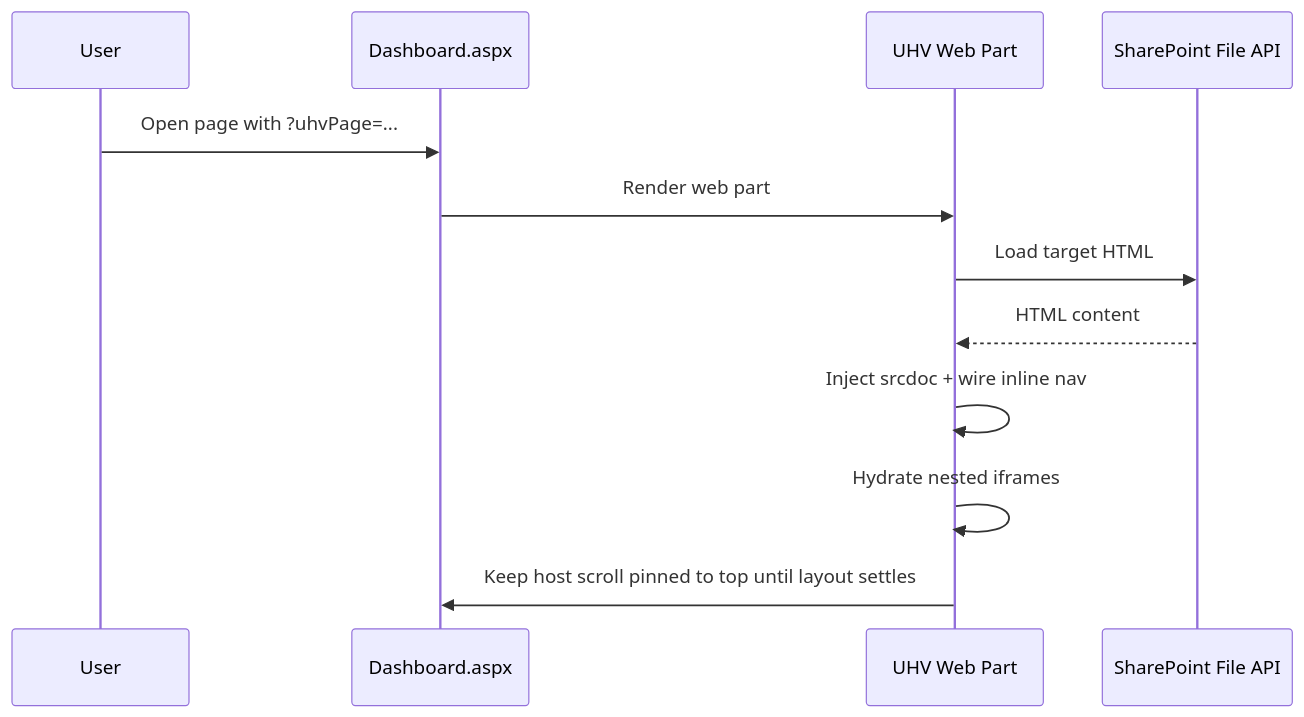
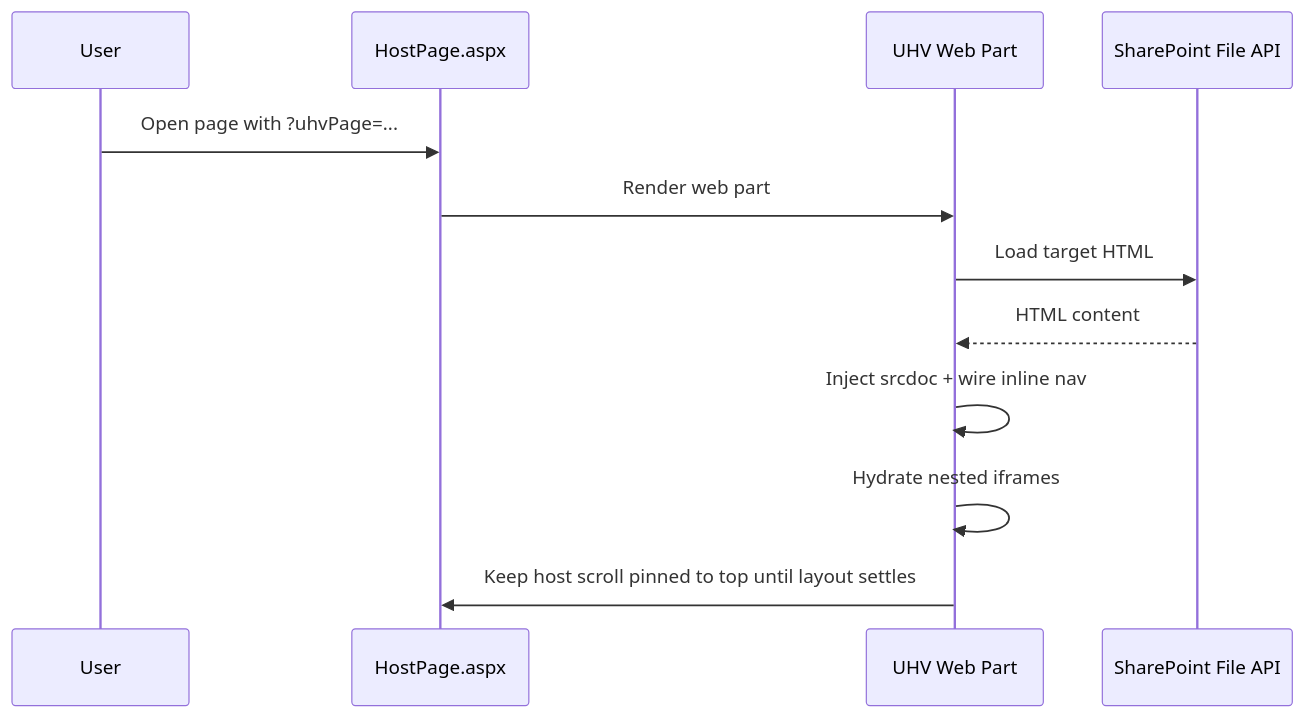
One commit to EvotecIT/UltimateHtmlViewer changed the third of 5 diagrams in README.md. Above: the diagram before and after it, drawn with Mermaid. The commit also changed other lines of this file and 7 other files, not shown here.

````diff
--- a/README.md
+++ b/README.md
@@ -114,15 +153,15 @@
 ```mermaid
 sequenceDiagram
   participant U as User
-  participant P as Dashboard.aspx
+  participant P as HostPage.aspx
   participant W as UHV Web Part
   participant S as SharePoint File API
 
   U->>P: Open page with ?uhvPage=...
   P->>W: Render web part
   W->>S: Load target HTML
   S-->>W: HTML content
   W->>W: Inject srcdoc + wire inline nav
   W->>W: Hydrate nested iframes
   W->>P: Keep host scroll pinned to top until layout settles
 ```
````
